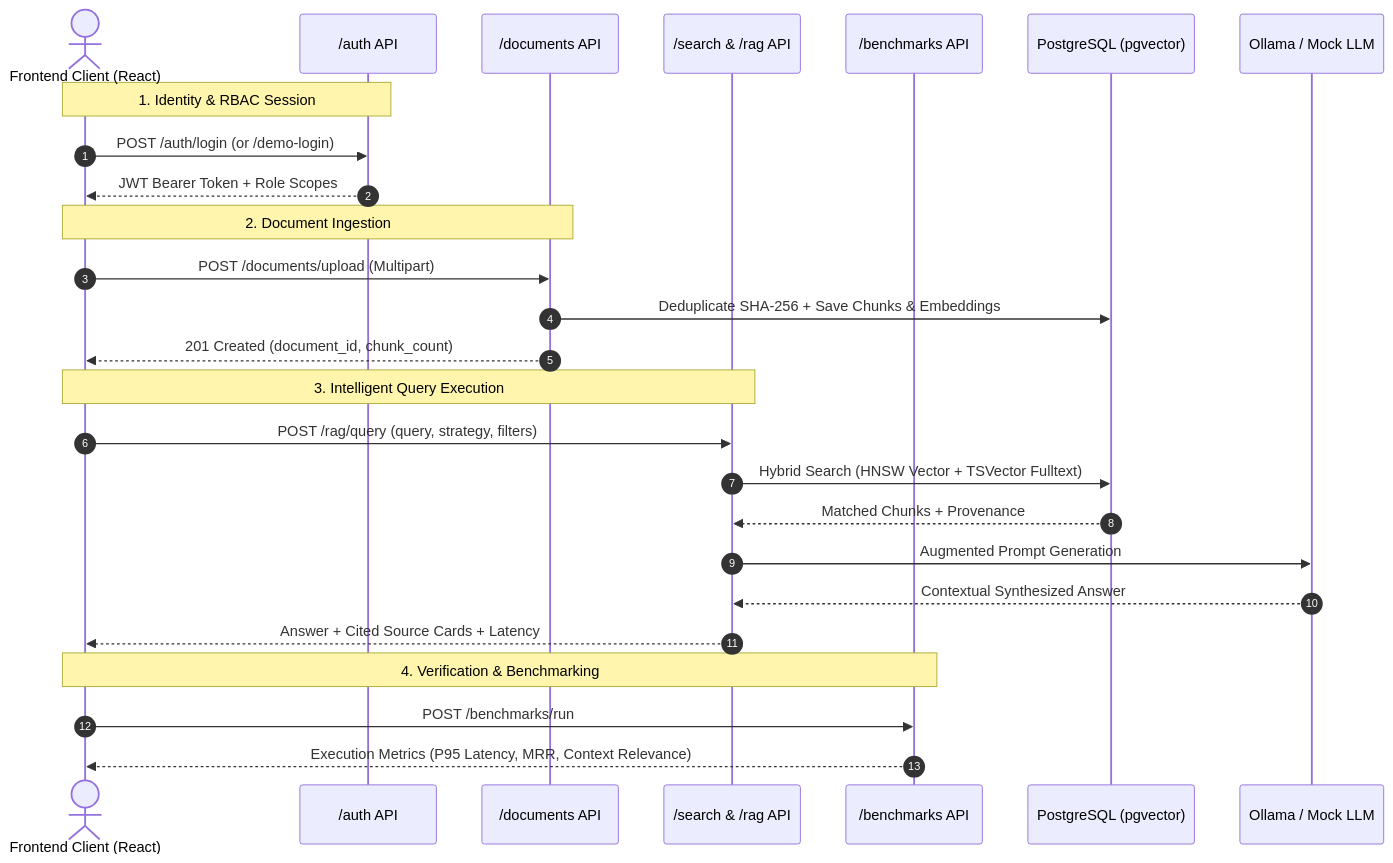
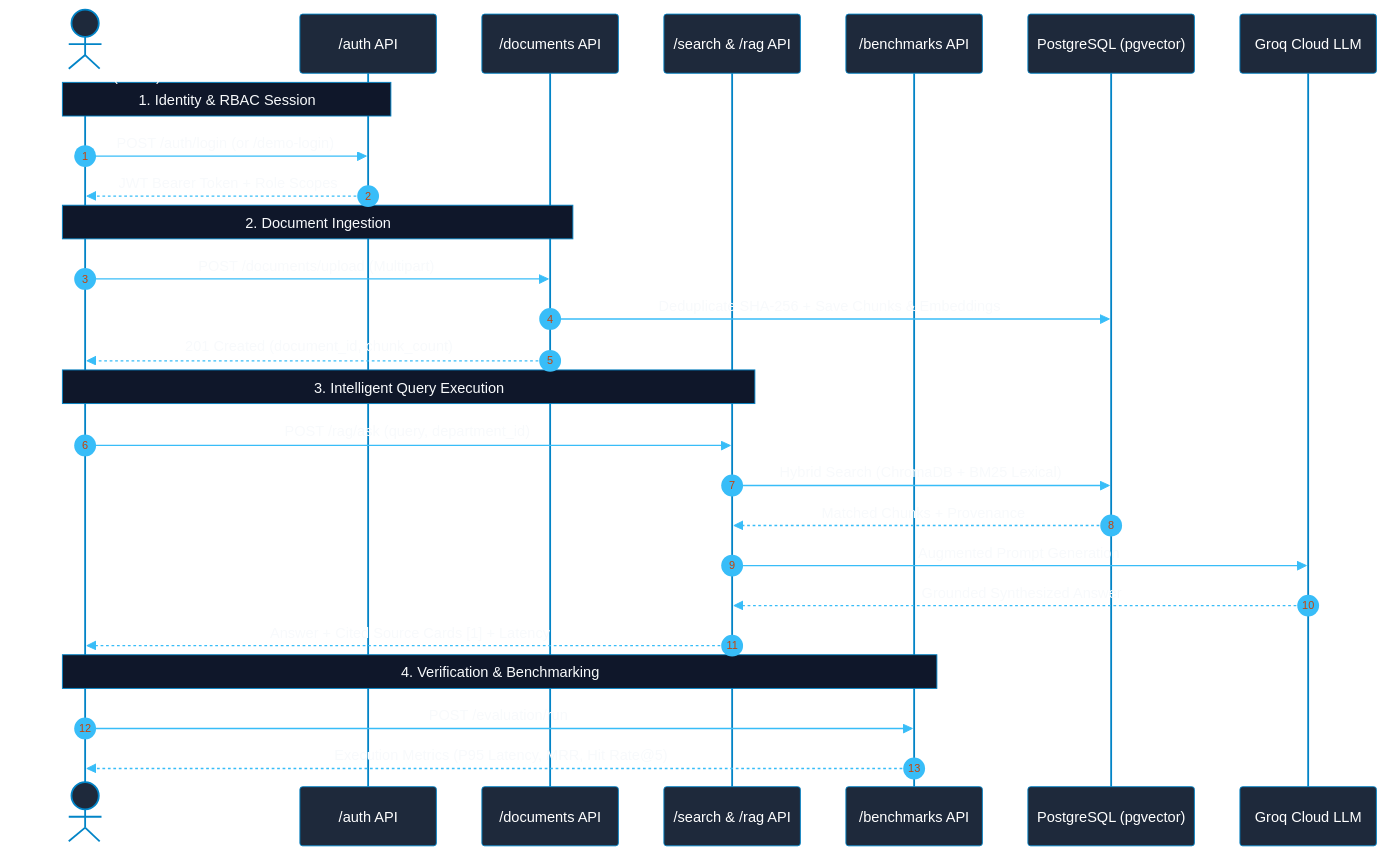
One commit to abhay-patil-cse27/concord-ikms changed the diagram in docs/API_DOCUMENTATION.md. Above: the diagram before and after it, drawn with Mermaid. The commit also changed 7 other files, not shown here.

Commit message:
docs: standardize high-contrast mermaid diagrams for github light/dark mode, clean readme table, and fix benchmark caching

````diff
--- a/docs/API_DOCUMENTATION.md
+++ b/docs/API_DOCUMENTATION.md
@@ -9,32 +9,33 @@
 ```mermaid
+%%{init: {'theme': 'base', 'themeVariables': { 'primaryColor': '#0284c7', 'primaryTextColor': '#ffffff', 'primaryBorderColor': '#0369a1', 'lineColor': '#38bdf8', 'secondaryColor': '#0f172a', 'tertiaryColor': '#1e293b', 'actorBkg': '#1e293b', 'actorBorder': '#0284c7', 'actorTextColor': '#ffffff', 'signalColor': '#38bdf8', 'signalTextColor': '#f8fafc', 'labelBoxBkgColor': '#0f172a', 'labelBoxBorderColor': '#334155', 'labelTextColor': '#f8fafc', 'loopTextColor': '#f8fafc', 'noteBorderColor': '#0284c7', 'noteBkgColor': '#0f172a', 'noteTextColor': '#f8fafc', 'fontFamily': 'Inter, sans-serif'}}}%%
 sequenceDiagram
     autonumber
     actor Client as Frontend Client (React)
     participant Auth as /auth API
     participant Docs as /documents API
     participant Search as /search & /rag API
     participant Bench as /benchmarks API
     participant PG as PostgreSQL (pgvector)
-    participant LLM as Ollama / Mock LLM
+    participant LLM as Groq Cloud LLM
 
     Note over Client,Auth: 1. Identity & RBAC Session
     Client->>Auth: POST /auth/login (or /demo-login)
     Auth-->>Client: JWT Bearer Token + Role Scopes
 
     Note over Client,Docs: 2. Document Ingestion
     Client->>Docs: POST /documents/upload (Multipart)
     Docs->>PG: Deduplicate SHA-256 + Save Chunks & Embeddings
     Docs-->>Client: 201 Created (document_id, chunk_count)
 
     Note over Client,Search: 3. Intelligent Query Execution
-    Client->>Search: POST /rag/query (query, strategy, filters)
-    Search->>PG: Hybrid Search (HNSW Vector + TSVector Fulltext)
+    Client->>Search: POST /rag/ask (query, department_id)
+    Search->>PG: Hybrid Search (ChromaDB + BM25 Lexical)
     PG-->>Search: Matched Chunks + Provenance
     Search->>LLM: Augmented Prompt Generation
-    LLM-->>Search: Contextual Synthesized Answer
-    Search-->>Client: Answer + Cited Source Cards + Latency
+    LLM-->>Search: Grounded Synthesized Answer
+    Search-->>Client: Answer + Cited Source Cards [1] + Latency
 
     Note over Client,Bench: 4. Verification & Benchmarking
-    Client->>Bench: POST /benchmarks/run
-    Bench-->>Client: Execution Metrics (P95 Latency, MRR, Context Relevance)
+    Client->>Bench: POST /evaluation/run
+    Bench-->>Client: Execution Metrics (P95 Latency, MRR, Hit Rate@5)
 ```
````
